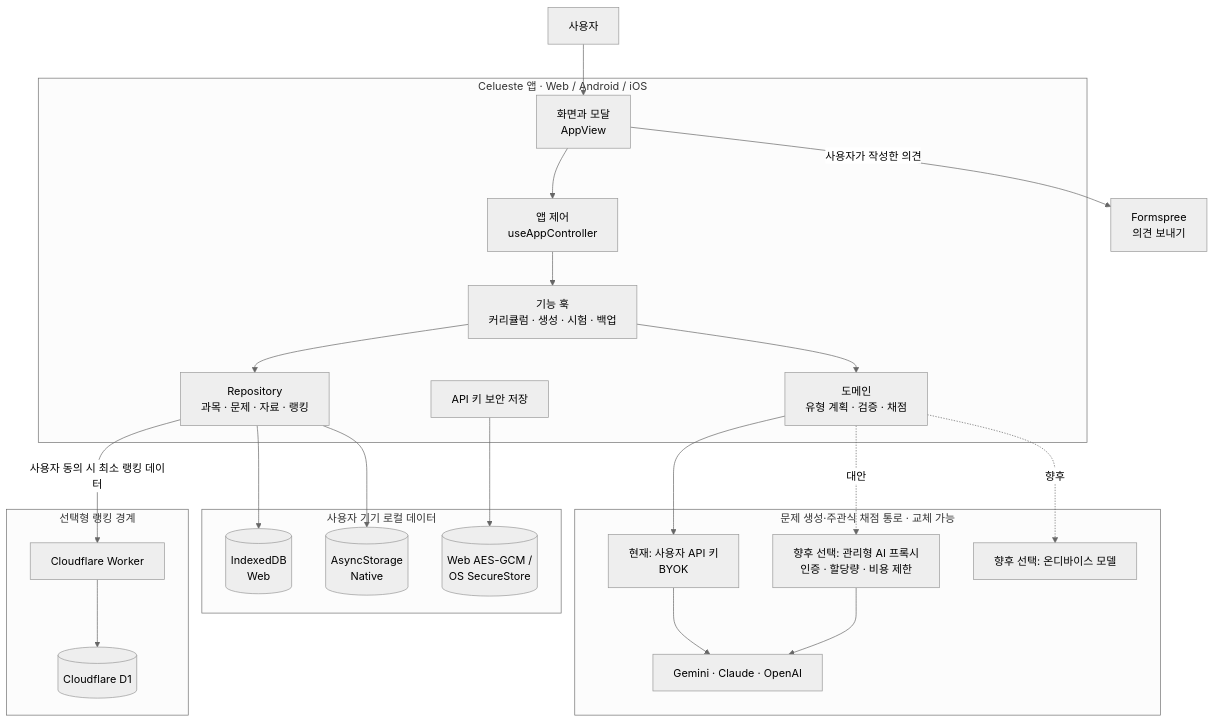
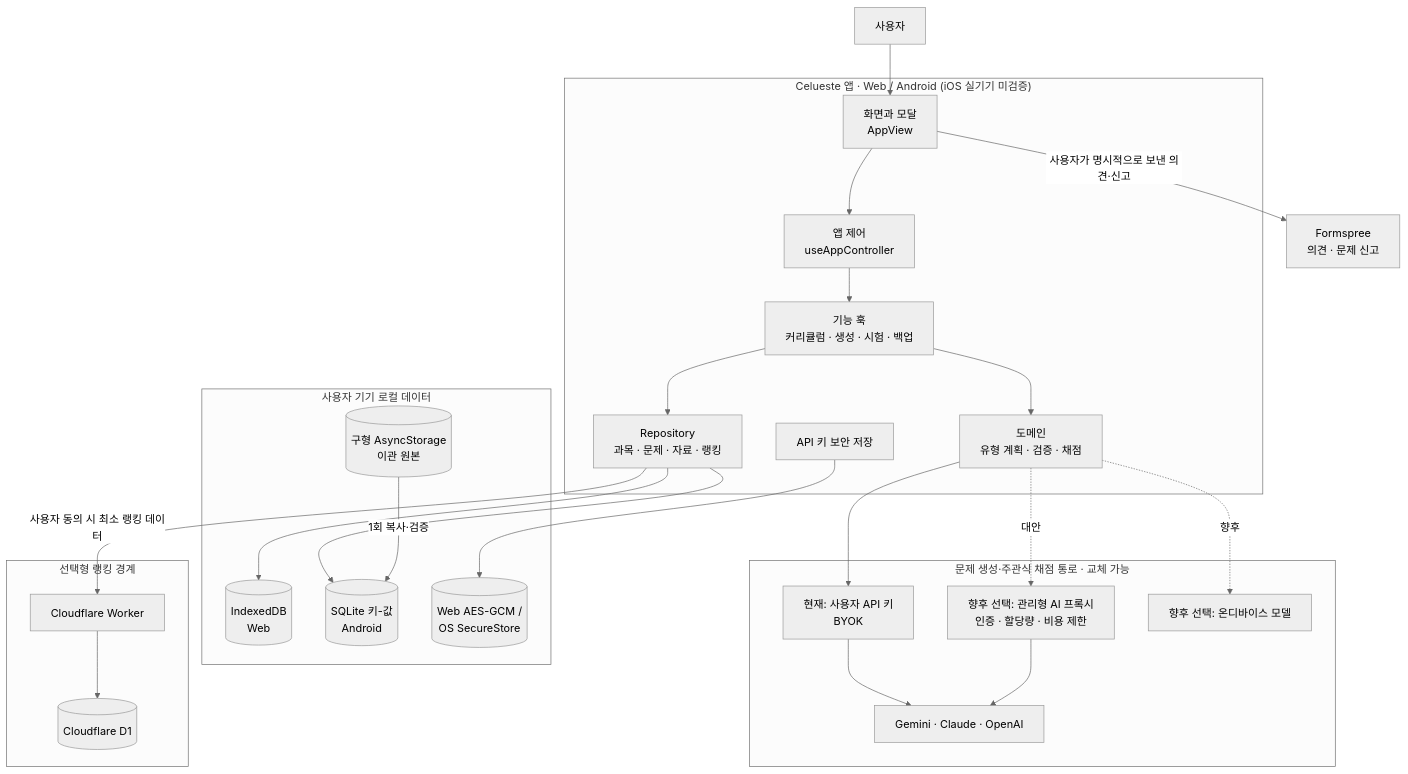
The diagram in docs/ARCHITECTURE_WORKFLOW_V2.md (aiopenjh/Aiopen-question-bank), drawn with Mermaid (neutral theme) before and after one commit. The commit also changed other lines of this file and 9 other files, not shown here.

````diff
--- a/docs/ARCHITECTURE_WORKFLOW_V2.md
+++ b/docs/ARCHITECTURE_WORKFLOW_V2.md
@@ -20,50 +20,52 @@
 ```mermaid
 flowchart TB
     User[사용자]
 
-    subgraph App["Celueste 앱 · Web / Android / iOS"]
+    subgraph App["Celueste 앱 · Web / Android (iOS 실기기 미검증)"]
         UI[화면과 모달<br/>AppView]
         Controller[앱 제어<br/>useAppController]
         Hooks[기능 훅<br/>커리큘럼 · 생성 · 시험 · 백업]
         Domain[도메인<br/>유형 계획 · 검증 · 채점]
         Repos[Repository<br/>과목 · 문제 · 자료 · 랭킹]
         Secure[API 키 보안 저장]
 
         UI --> Controller --> Hooks --> Domain
         Hooks --> Repos
     end
 
     subgraph Local["사용자 기기 로컬 데이터"]
         IDB[(IndexedDB<br/>Web)]
-        Async[(AsyncStorage<br/>Native)]
+        Sqlite[(SQLite 키-값<br/>Android)]
+        Legacy[(구형 AsyncStorage<br/>이관 원본)]
         KeyStore[(Web AES-GCM /<br/>OS SecureStore)]
     end
 
     subgraph QuestionAccess["문제 생성·주관식 채점 통로 · 교체 가능"]
         BYOK[현재: 사용자 API 키<br/>BYOK]
         Proxy[향후 선택: 관리형 AI 프록시<br/>인증 · 할당량 · 비용 제한]
         OnDevice[향후 선택: 온디바이스 모델]
         Providers[Gemini · Claude · OpenAI]
 
         BYOK --> Providers
         Proxy --> Providers
     end
 
     subgraph Ranking["선택형 랭킹 경계"]
         Worker[Cloudflare Worker]
         D1[(Cloudflare D1)]
         Worker --> D1
     end
 
-    Feedback[Formspree<br/>의견 보내기]
+    Feedback[Formspree<br/>의견 · 문제 신고]
 
     User --> UI
     Repos --> IDB
-    Repos --> Async
+    Repos --> Sqlite
+    Legacy -- 1회 복사·검증 --> Sqlite
     Secure --> KeyStore
     Domain --> BYOK
     Domain -. 대안 .-> Proxy
     Domain -. 향후 .-> OnDevice
     Repos -- 사용자 동의 시 최소 랭킹 데이터 --> Worker
-    UI -- 사용자가 작성한 의견 --> Feedback
+    UI -- 사용자가 명시적으로 보낸 의견·신고 --> Feedback
 ```
````
